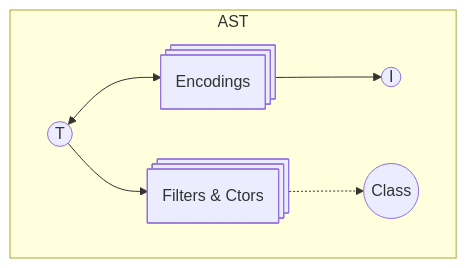
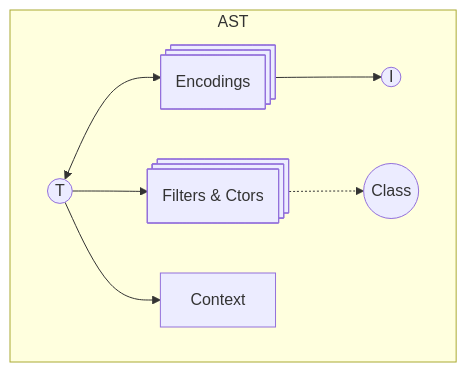
One commit to Effect-TS/effect-smol changed the first of 2 diagrams in SCHEMA.md. Above: the diagram before and after it, drawn with Mermaid. The commit also changed 5 other files, not shown here.

````diff
--- a/SCHEMA.md
+++ b/SCHEMA.md
@@ -5,14 +5,15 @@
 ```mermaid
 flowchart TD
   subgraph AST
     C@{ shape: procs, label: "Filters & Ctors"}
     A@{ shape: circle, label: "T" }
     B@{ shape: procs, label: "Encodings"}
     D@{ shape: circle, label: "I" }
     E@{ shape: circle, label: "Class" }
     A --> C
     A <--> B
     B --> D
     C .-> E
+    A --> Context
   end
 ```
````
